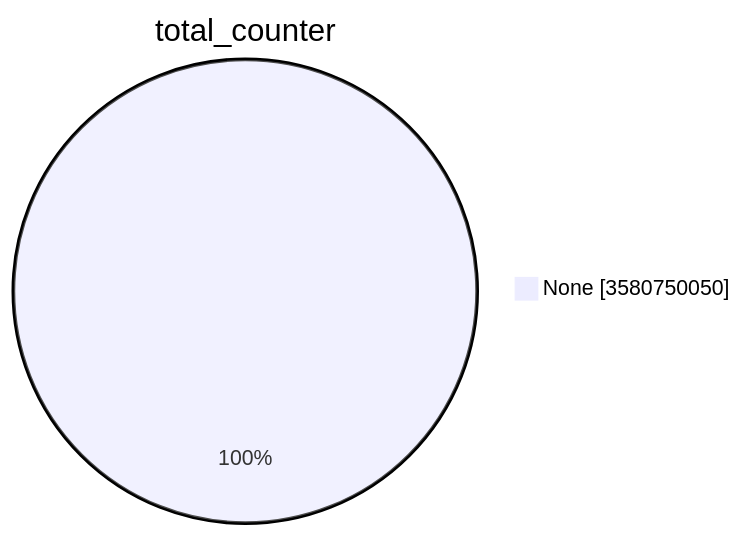
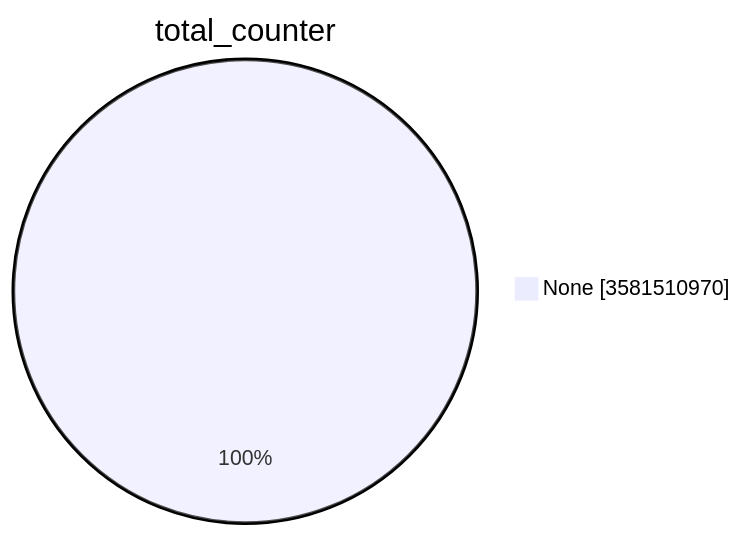
One commit to christiankrug/ctmonitor_visualization changed the first of 15 diagrams in TOTAL/README.md. Above: the diagram before and after it, drawn with Mermaid. The commit also changed other lines of this file, not shown here.

````diff
--- a/TOTAL/README.md
+++ b/TOTAL/README.md
@@ -1,5 +1,5 @@
 ```mermaid
 pie showData
 title total_counter
-"None" :3580750050
+"None" :3581510970
 ```
````
